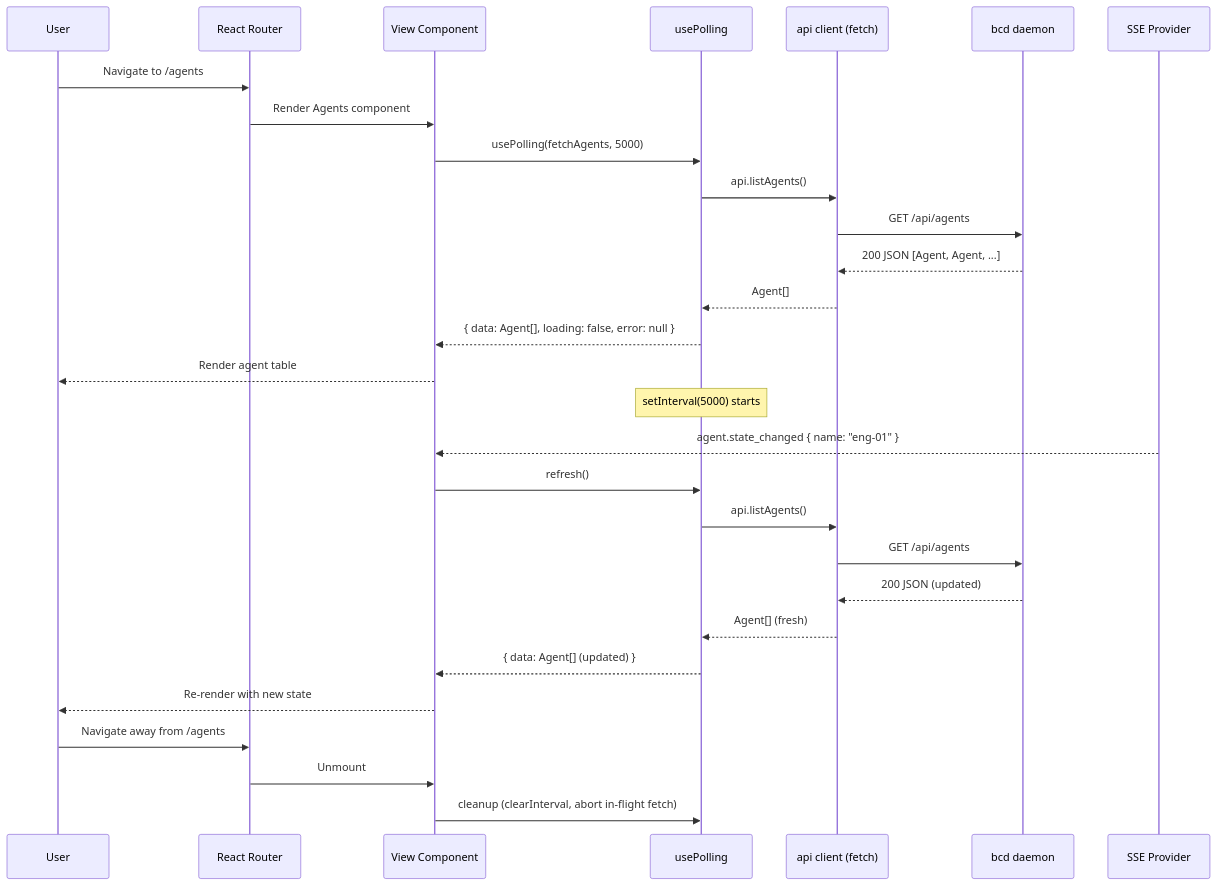
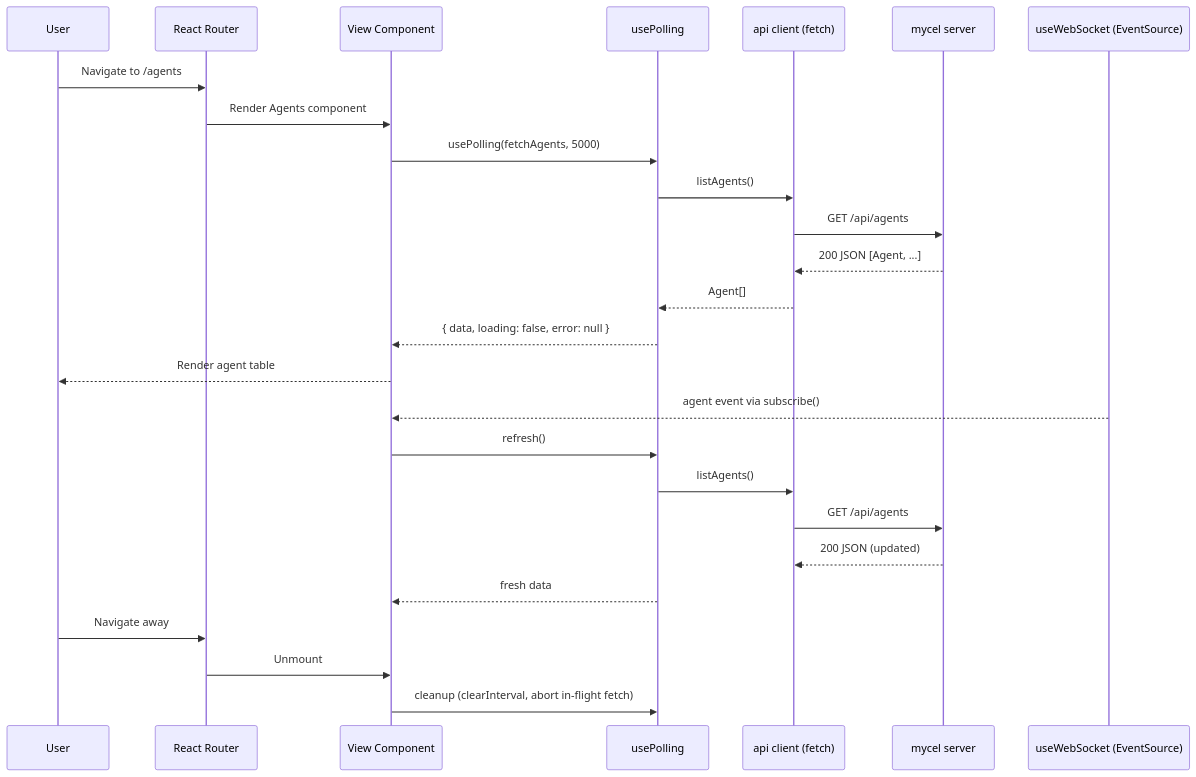
The second of 2 diagrams in docs/explanation/web-ui.md (rpuneet/bc), drawn with Mermaid before and after one commit. The commit also changed other lines of this file and 4 other files, not shown here.

First line of the commit message:
docs(architecture): rewrite web-ui, tui, database, deployment, architecture from source (#3251 part A)

````diff
--- a/docs/explanation/web-ui.md
+++ b/docs/explanation/web-ui.md
@@ -334,35 +177,31 @@
 ```mermaid
 sequenceDiagram
     participant User
     participant Router as React Router
     participant View as View Component
     participant Hook as usePolling
     participant API as api client (fetch)
-    participant BCD as bcd daemon
-    participant SSE as SSE Provider
+    participant SRV as mycel server
+    participant SSE as useWebSocket (EventSource)
 
     User->>Router: Navigate to /agents
     Router->>View: Render Agents component
     View->>Hook: usePolling(fetchAgents, 5000)
-    Hook->>API: api.listAgents()
-    API->>BCD: GET /api/agents
-    BCD-->>API: 200 JSON [Agent, Agent, ...]
+    Hook->>API: listAgents()
+    API->>SRV: GET /api/agents
+    SRV-->>API: 200 JSON [Agent, ...]
     API-->>Hook: Agent[]
-    Hook-->>View: { data: Agent[], loading: false, error: null }
+    Hook-->>View: { data, loading: false, error: null }
     View-->>User: Render agent table
 
-    Note over Hook: setInterval(5000) starts
+    SSE-->>View: agent event via subscribe()
+    View->>Hook: refresh()
+    Hook->>API: listAgents()
+    API->>SRV: GET /api/agents
+    SRV-->>API: 200 JSON (updated)
+    Hook-->>View: fresh data
 
-    SSE-->>View: agent.state_changed { name: "eng-01" }
-    View->>Hook: refresh()
-    Hook->>API: api.listAgents()
-    API->>BCD: GET /api/agents
-    BCD-->>API: 200 JSON (updated)
-    API-->>Hook: Agent[] (fresh)
-    Hook-->>View: { data: Agent[] (updated) }
-    View-->>User: Re-render with new state
-
-    User->>Router: Navigate away from /agents
+    User->>Router: Navigate away
     Router->>View: Unmount
     View->>Hook: cleanup (clearInterval, abort in-flight fetch)
 ```
````
